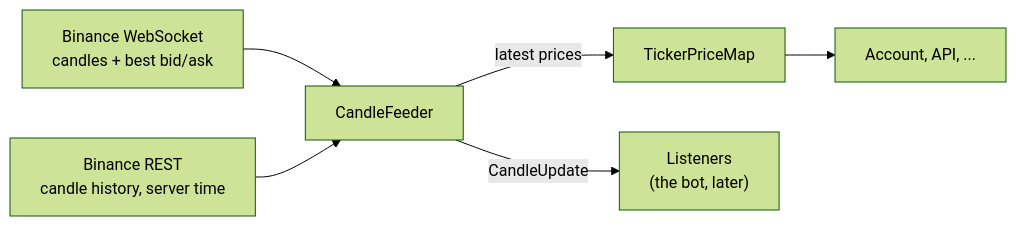
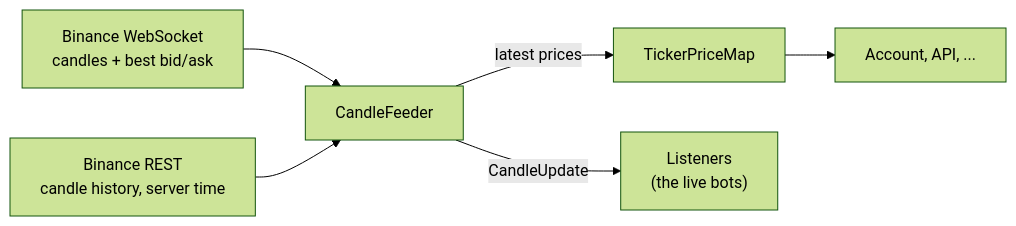
One commit to ShadowOfDiablo/t212-coding-task changed the first of 2 diagrams in README.md. Above: the diagram before and after it, drawn with Mermaid (forest theme). The commit also changed other lines of this file and 1 other file, not shown here.

Commit message:
Bring the README and the architecture doc up to date (#69)

````diff
--- a/README.md
+++ b/README.md
@@ -24,8 +27,8 @@
 ```mermaid
 flowchart LR
     WS["Binance WebSocket<br/>candles + best bid/ask"] --> Feeder["CandleFeeder"]
     REST["Binance REST<br/>candle history, server time"] --> Feeder
     Feeder -- "latest prices" --> Map["TickerPriceMap"]
-    Feeder -- "CandleUpdate" --> Listeners["Listeners<br/>(the bot, later)"]
+    Feeder -- "CandleUpdate" --> Listeners["Listeners<br/>(the live bots)"]
     Map --> Readers["Account, API, ..."]
 ```
````
